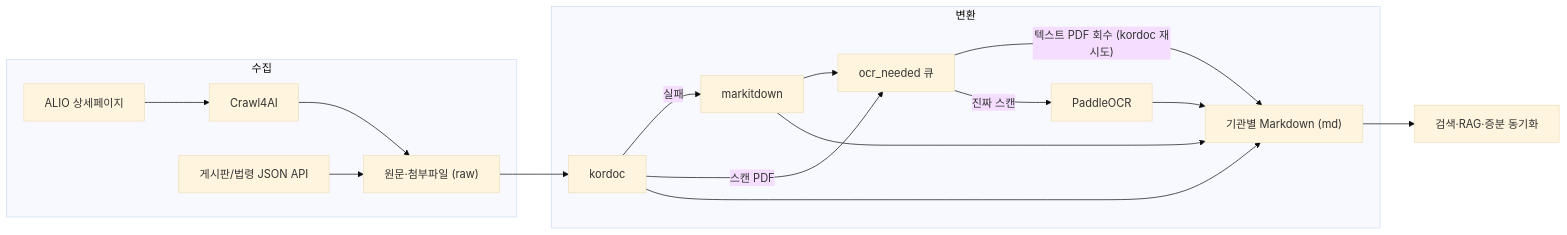
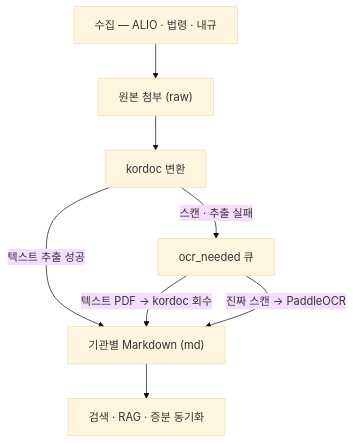
Before and after one commit to bigone-kcrew/crawl4alio: the diagram in README.md, drawn with Mermaid (base theme). The commit also changed other lines of this file, not shown here.

Commit message:
docs(readme): 아키텍처 도식 단순화 — 개념 흐름만 수직으로, 상세는 표로 위임
🤖 Generated with [Claude Code](https://claude.com/claude-code)

````diff
--- a/README.md
+++ b/README.md
@@ -49,20 +49,10 @@
 ```mermaid
-flowchart LR
-    subgraph 수집
-      A["ALIO 상세페이지"] --> B["Crawl4AI"]
-      A2["게시판/법령 JSON API"] --> C
-      B --> C["원문·첨부파일 (raw)"]
-    end
-    subgraph 변환
-      C --> D["kordoc"]
-      D -->|실패| E["markitdown"]
-      D -->|스캔 PDF| Q["ocr_needed 큐"]
-      E --> Q
-      Q -->|"텍스트 PDF 회수 (kordoc 재시도)"| G
-      Q -->|진짜 스캔| F["PaddleOCR"]
-      D --> G["기관별 Markdown (md)"]
-      E --> G
-      F --> G
-    end
-    G --> H["검색·RAG·증분 동기화"]
+flowchart TB
+    A["수집 — ALIO · 법령 · 내규"] --> R["원본 첨부 (raw)"]
+    R --> K["kordoc 변환"]
+    K -->|"텍스트 추출 성공"| M["기관별 Markdown (md)"]
+    K -->|"스캔 · 추출 실패"| Q["ocr_needed 큐"]
+    Q -->|"텍스트 PDF → kordoc 회수"| M
+    Q -->|"진짜 스캔 → PaddleOCR"| M
+    M --> S["검색 · RAG · 증분 동기화"]
 ```
````
